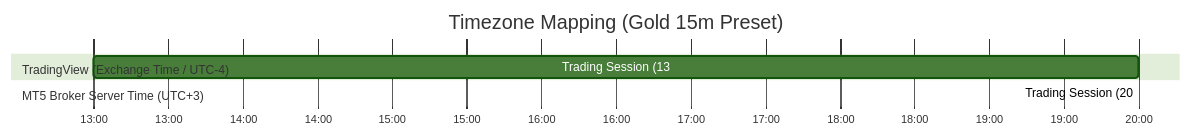
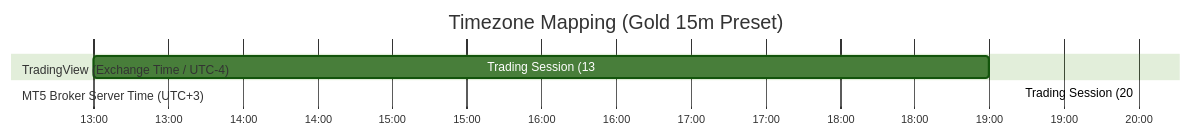
One commit to jzd101/breakout-follow-101 changed the second of 2 diagrams in README.md. Above: the diagram before and after it, drawn with Mermaid (forest theme). The commit also changed other lines of this file, not shown here.

````diff
--- a/README.md
+++ b/README.md
@@ -149,10 +149,10 @@
 ```mermaid
 gantt
     title Timezone Mapping (Gold 15m Preset)
     dateFormat HH
     axisFormat %H:00
     section TradingView (Exchange Time / UTC-4)
-    Trading Session (13:00 - 20:00) :active, 13, 20
+    Trading Session (13:00 - 19:00) :active, 13, 19
     section MT5 Broker Server Time (UTC+3)
-    Trading Session (20:00 - 03:00) :crit, 20, 27
+    Trading Session (20:00 - 02:00) :crit, 20, 26
 ```
````
